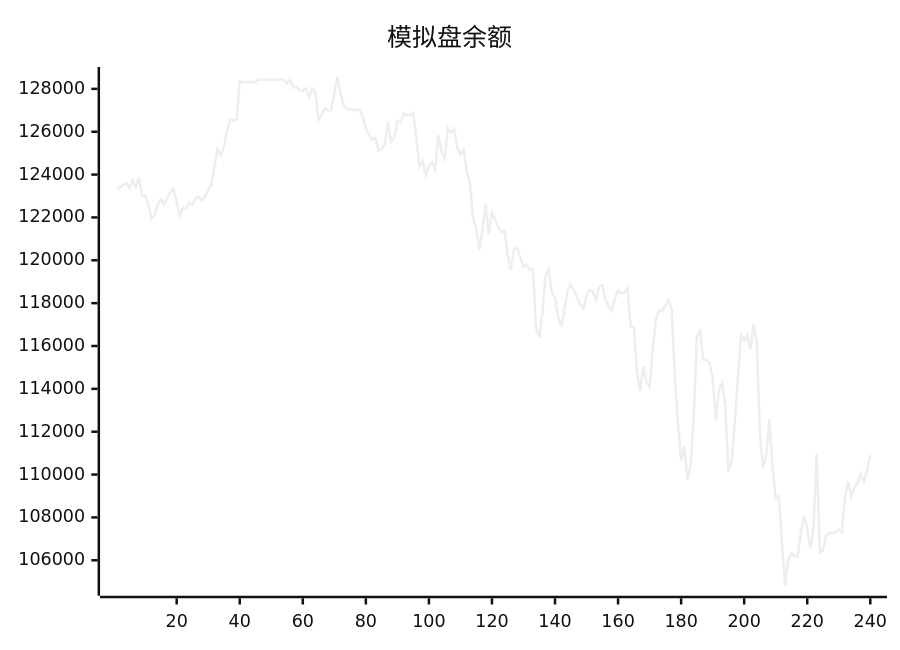
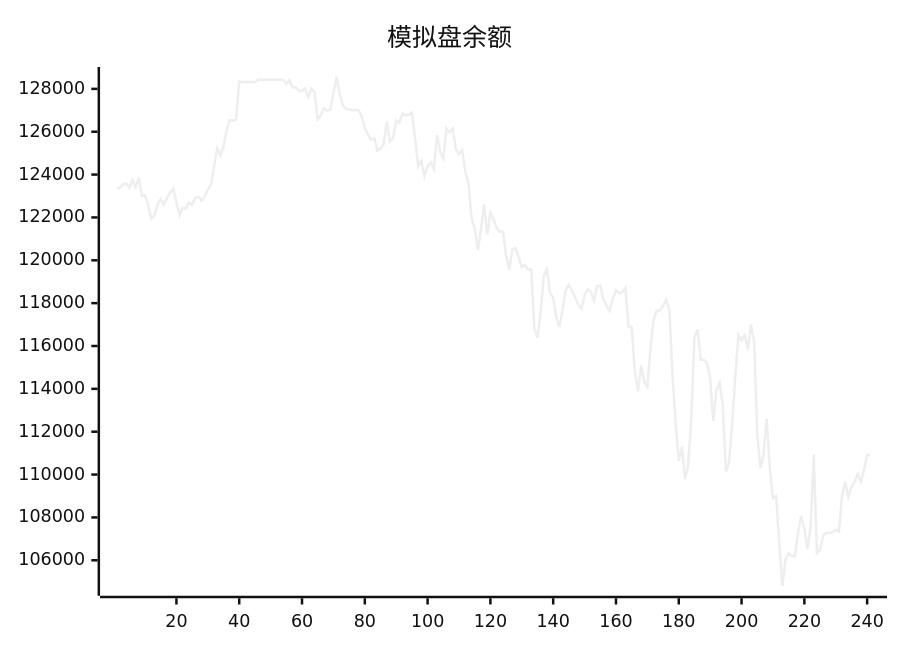
Before and after one commit to aahl/ai-trading: the diagram in README.md, drawn with Mermaid (neutral theme). The commit also changed other lines of this file and 1 other file, not shown here.

````diff
--- a/README.md
+++ b/README.md
@@ -5,5 +5,5 @@
 ```mermaid
 xychart
     title "模拟盘余额"
-    line [123338,123402,123530,123592,123378,123745,123413,123853,123009,123040,122557,121938,122095,122599,122856,122597,122898,123160,123319,122719,122087,122454,122416,122685,122592,122907,122961,122776,122981,123295,123507,124403,125224,124894,125303,126088,126544,126534,126549,128335,128318,128318,128318,128318,128318,128424,128424,128424,128424,128424,128424,128424,128424,128424,128247,128412,128062,128087,127917,127901,128026,127611,128000,127850,126572,126770,127100,126971,127029,127783,128554,127765,127224,127064,127044,127009,127025,127004,126738,126152,125871,125635,125707,125117,125217,125420,126480,125545,125715,126511,126424,126856,126764,126788,126890,125710,124381,124632,123936,124402,124574,124256,125833,125070,124739,126154,125966,126145,125213,124943,125143,124157,123604,121959,121476,120476,121470,122610,121201,122221,121889,121522,121332,121344,120232,119559,120513,120577,120108,119680,119777,119572,119568,116839,116392,117573,119250,119585,118469,118277,117338,116897,117706,118628,118849,118579,118280,117926,117735,118373,118639,118544,118136,118798,118819,118162,117874,117649,118215,118601,118463,118517,118713,116911,116899,114798,113887,115084,114313,114091,115934,117221,117658,117658,117883,118164,117693,114632,112403,110644,111313,109777,110444,112673,116419,116772,115355,115355,115198,114476,112510,113954,114276,113223,110151,110561,112361,114562,116522,116265,116500,115845,117000,116199,111887,110306,110942,112588,110318,108891,109011,106814,104811,106038,106327,106201,106180,107315,108068,107463,106528,107530,110941,106346,106482,107161,107268,107270,107302,107426,107340,108985,109681,108962,109404,109645,110030,109680,110214,110918]
+    line [123338,123402,123530,123592,123378,123745,123413,123853,123009,123040,122557,121938,122095,122599,122856,122597,122898,123160,123319,122719,122087,122454,122416,122685,122592,122907,122961,122776,122981,123295,123507,124403,125224,124894,125303,126088,126544,126534,126549,128335,128318,128318,128318,128318,128318,128424,128424,128424,128424,128424,128424,128424,128424,128424,128247,128412,128062,128087,127917,127901,128026,127611,128000,127850,126572,126770,127100,126971,127029,127783,128554,127765,127224,127064,127044,127009,127025,127004,126738,126152,125871,125635,125707,125117,125217,125420,126480,125545,125715,126511,126424,126856,126764,126788,126890,125710,124381,124632,123936,124402,124574,124256,125833,125070,124739,126154,125966,126145,125213,124943,125143,124157,123604,121959,121476,120476,121470,122610,121201,122221,121889,121522,121332,121344,120232,119559,120513,120577,120108,119680,119777,119572,119568,116839,116392,117573,119250,119585,118469,118277,117338,116897,117706,118628,118849,118579,118280,117926,117735,118373,118639,118544,118136,118798,118819,118162,117874,117649,118215,118601,118463,118517,118713,116911,116899,114798,113887,115084,114313,114091,115934,117221,117658,117658,117883,118164,117693,114632,112403,110644,111313,109777,110444,112673,116419,116772,115355,115355,115198,114476,112510,113954,114276,113223,110151,110561,112361,114562,116522,116265,116500,115845,117000,116199,111887,110306,110942,112588,110318,108891,109011,106814,104811,106038,106327,106201,106180,107315,108068,107463,106528,107530,110941,106346,106482,107161,107268,107270,107302,107426,107340,108985,109681,108962,109404,109645,110030,109680,110214,110918,110897]
 ```
````
